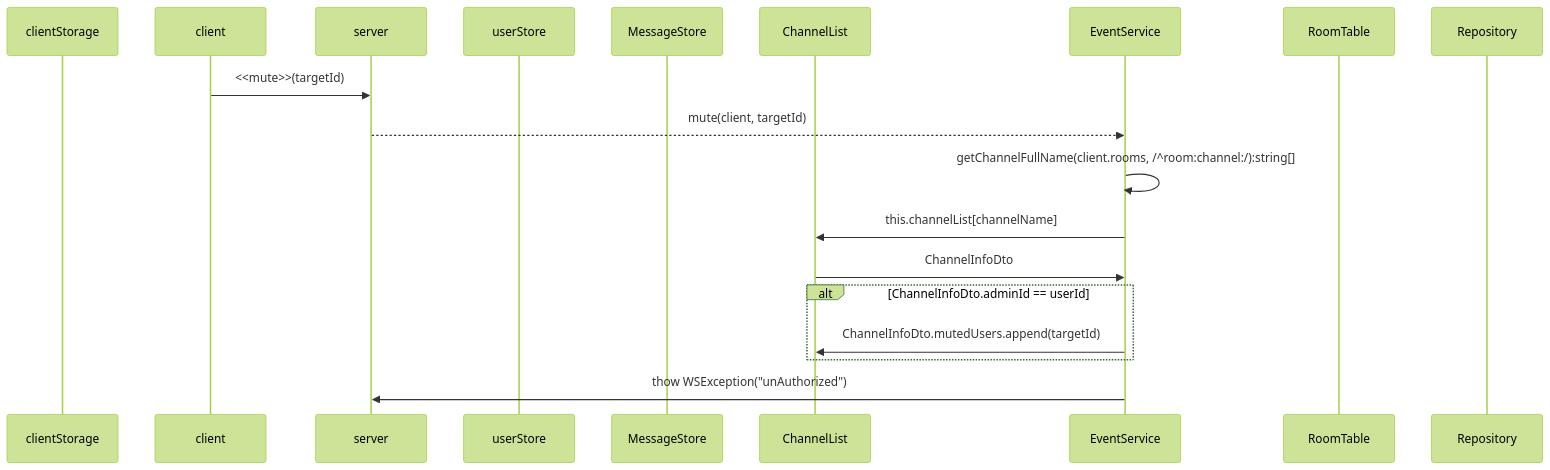
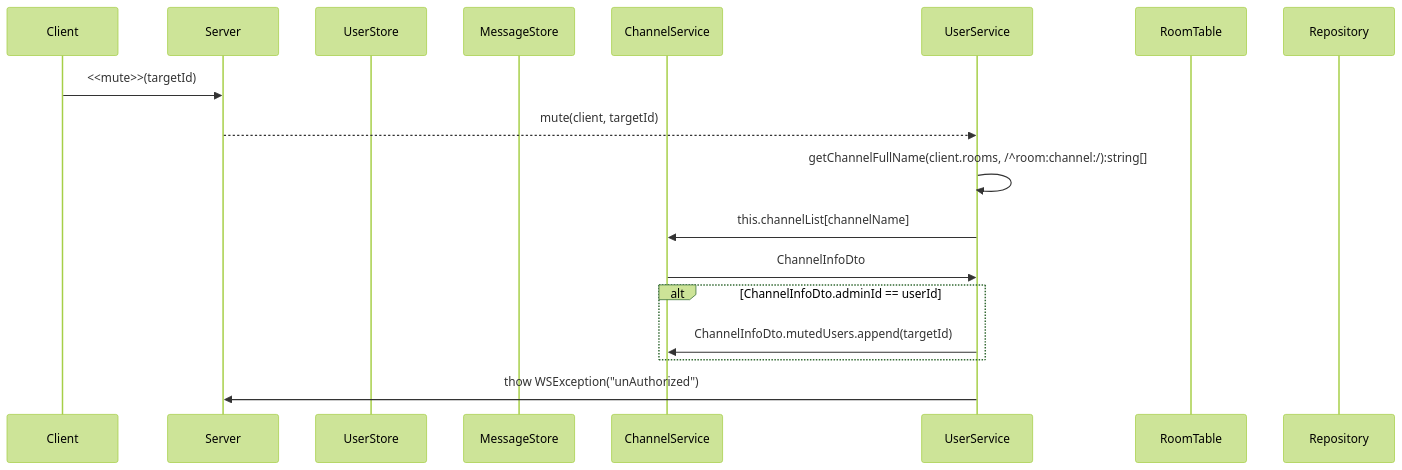
One commit to mtak0235/simmons_transcendence changed diagram 13 of 20 in backend/node/app/event.md. Above: the diagram before and after it, drawn with Mermaid (forest theme). The commit also changed other lines of this file, not shown here.

Commit message:
refactor: 백엔드 소켓 시퀀스 다이어그램 순서 정리 & 요청 응답 값 구체화

````diff
--- a/backend/node/app/event.md
+++ b/backend/node/app/event.md
@@ -398,22 +514,21 @@
 ```mermaid
 sequenceDiagram
-participant cls as clientStorage
-participant c as client
-participant ga as server
-participant ss as userStore
+participant c as Client
+participant ga as Server
+participant ss as UserStore
 participant ms as MessageStore
-participant cns as ChannelList
-participant cs as EventService
+participant cns as ChannelService
+participant us as UserService
 participant rt as RoomTable
 participant r as Repository
 
 c->>ga: <<mute>>(targetId)
-ga-->>cs: mute(client, targetId)
-cs->>cs: getChannelFullName(client.rooms, /^room:channel:/):string[]
-cs->>cns: this.channelList[channelName]
-cns->>cs: ChannelInfoDto
+ga-->>us: mute(client, targetId)
+us->>us: getChannelFullName(client.rooms, /^room:channel:/):string[]
+us->>cns: this.channelList[channelName]
+cns->>us: ChannelInfoDto
 alt ChannelInfoDto.adminId == userId
-cs->>cns: ChannelInfoDto.mutedUsers.append(targetId)
+us->>cns: ChannelInfoDto.mutedUsers.append(targetId)
 end
-cs->>ga: thow WSException("unAuthorized")
+us->>ga: thow WSException("unAuthorized")
 ```
````
